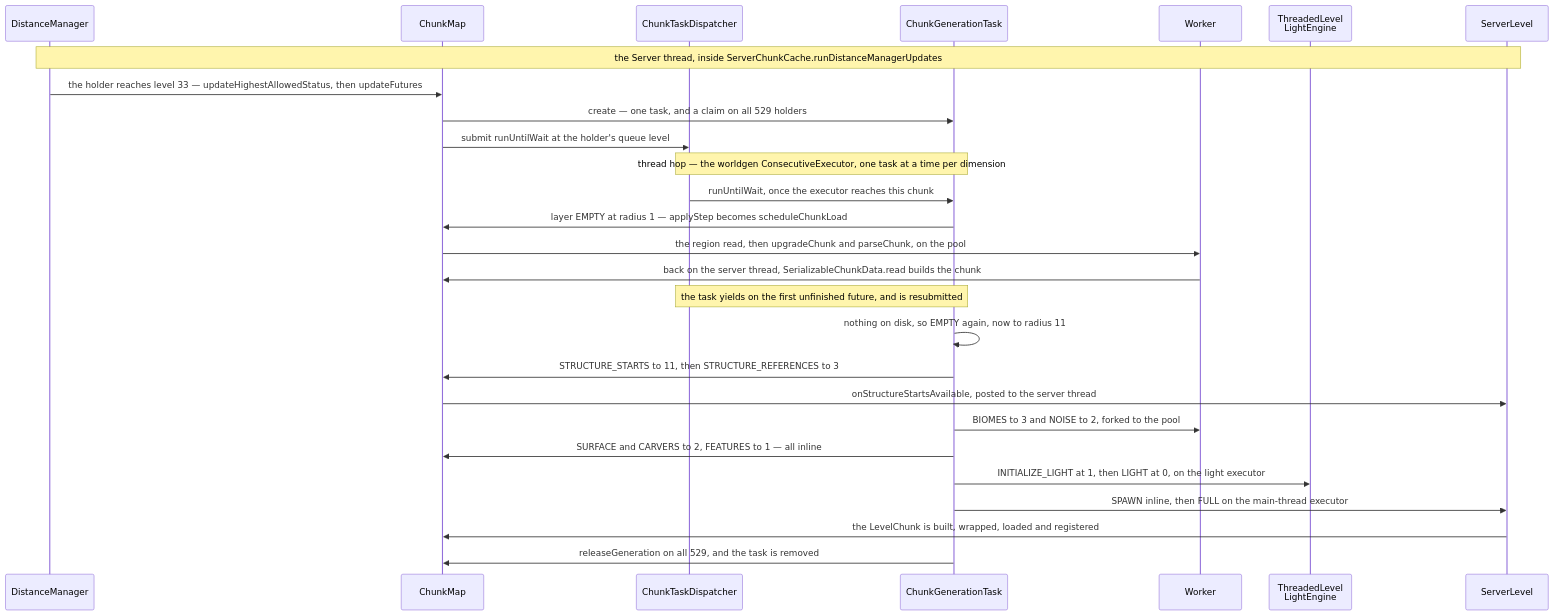
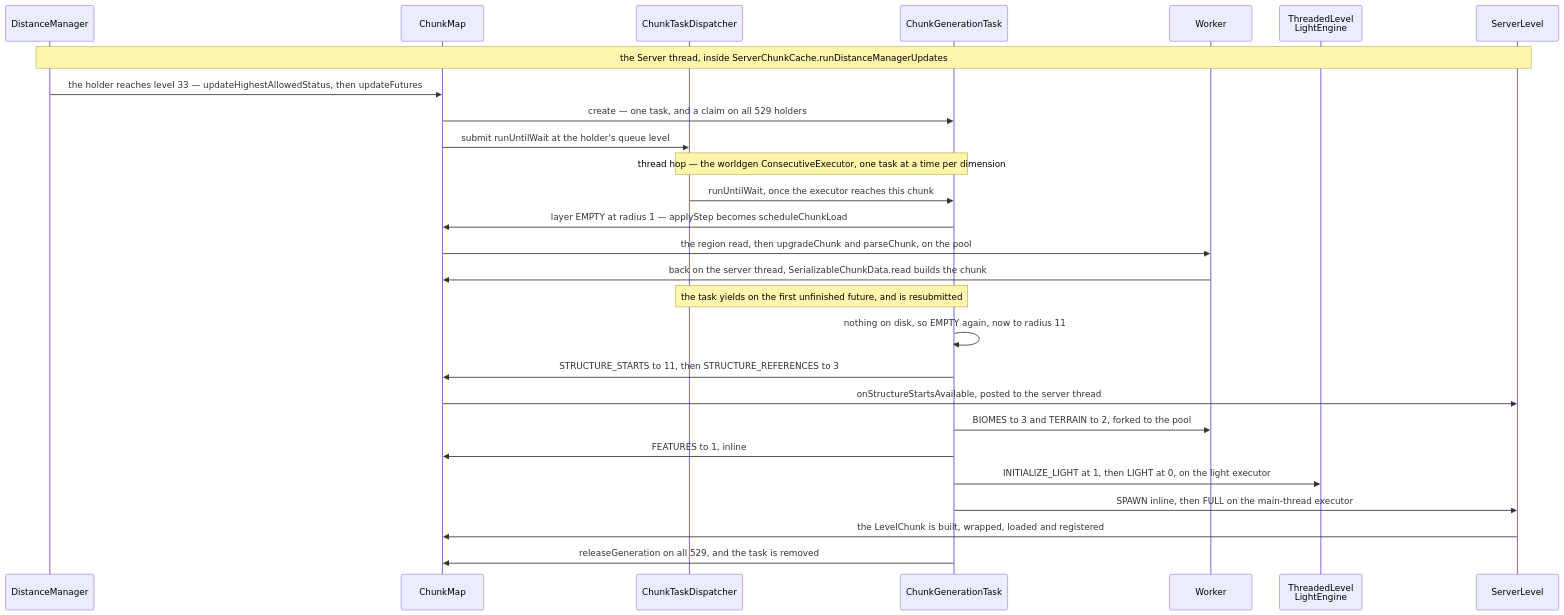
The second of 2 diagrams in src/systems/world/chunk-generation-pipeline.md (AlexanderjFraser/MinecraftDocs), drawn with Mermaid before and after one commit. The commit also changed other lines of this file and 68 other files, not shown here.

````diff
--- a/src/systems/world/chunk-generation-pipeline.md
+++ b/src/systems/world/chunk-generation-pipeline.md
@@ -415,30 +410,30 @@
 ```mermaid
 sequenceDiagram
     participant DM as DistanceManager
     participant CM as ChunkMap
     participant CTD as ChunkTaskDispatcher
     participant CGT as ChunkGenerationTask
     participant Worker as Worker
     participant TLE as ThreadedLevel<br/>LightEngine
     participant SL as ServerLevel
 
     Note over DM,SL: the Server thread, inside ServerChunkCache.runDistanceManagerUpdates
     DM->>CM: the holder reaches level 33 — updateHighestAllowedStatus, then updateFutures
     CM->>CGT: create — one task, and a claim on all 529 holders
     CM->>CTD: submit runUntilWait at the holder's queue level
     Note over CTD,CGT: thread hop — the worldgen ConsecutiveExecutor, one task at a time per dimension
     CTD->>CGT: runUntilWait, once the executor reaches this chunk
     CGT->>CM: layer EMPTY at radius 1 — applyStep becomes scheduleChunkLoad
     CM->>Worker: the region read, then upgradeChunk and parseChunk, on the pool
     Worker->>CM: back on the server thread, SerializableChunkData.read builds the chunk
     Note over CTD,CGT: the task yields on the first unfinished future, and is resubmitted
     CGT->>CGT: nothing on disk, so EMPTY again, now to radius 11
     CGT->>CM: STRUCTURE_STARTS to 11, then STRUCTURE_REFERENCES to 3
     CM->>SL: onStructureStartsAvailable, posted to the server thread
-    CGT->>Worker: BIOMES to 3 and NOISE to 2, forked to the pool
-    CGT->>CM: SURFACE and CARVERS to 2, FEATURES to 1 — all inline
+    CGT->>Worker: BIOMES to 3 and TERRAIN to 2, forked to the pool
+    CGT->>CM: FEATURES to 1, inline
     CGT->>TLE: INITIALIZE_LIGHT at 1, then LIGHT at 0, on the light executor
     CGT->>SL: SPAWN inline, then FULL on the main-thread executor
     SL->>CM: the LevelChunk is built, wrapped, loaded and registered
     CGT->>CM: releaseGeneration on all 529, and the task is removed
 ```
````
